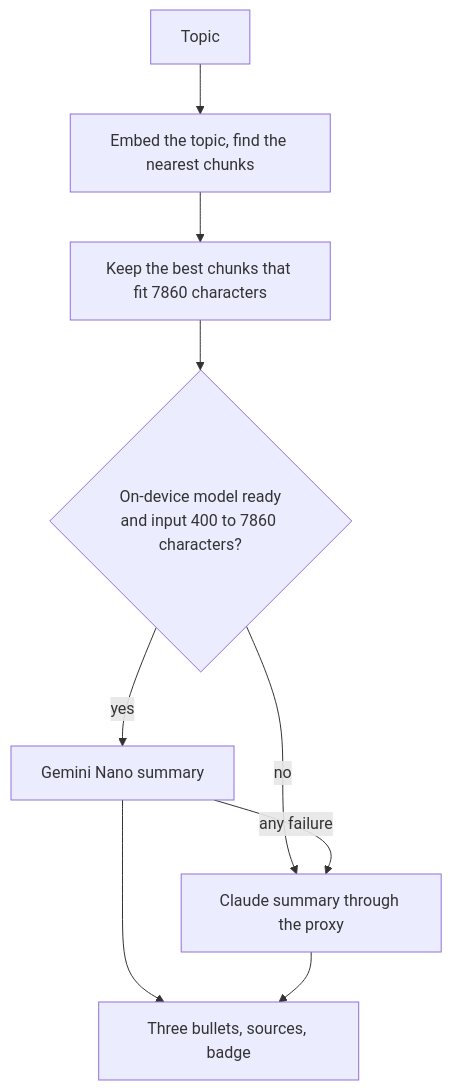
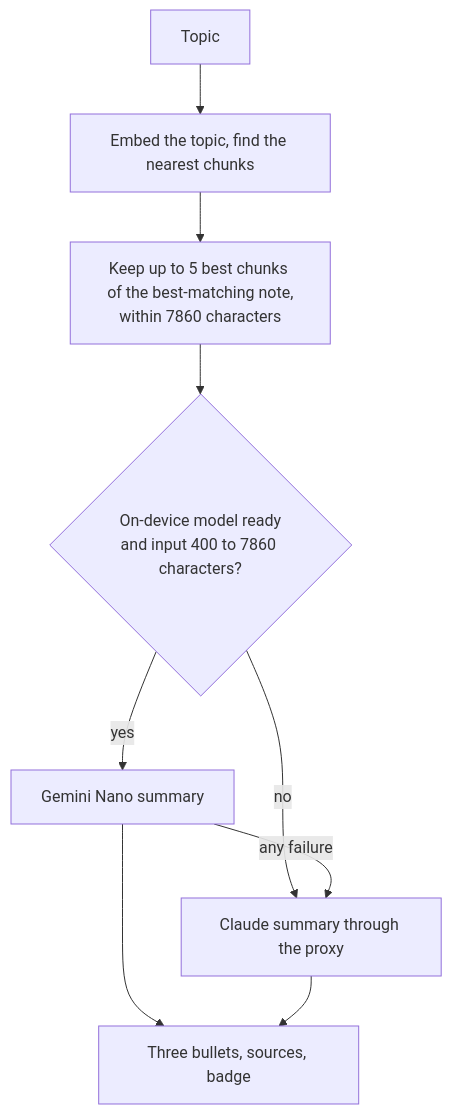
Before and after one commit to juliaAndroid/android-rag-agent: the third of 3 diagrams in README.md, drawn with Mermaid. The commit also changed other lines of this file and 2 other files, not shown here.

````diff
--- a/README.md
+++ b/README.md
@@ -43,11 +64,11 @@
 ```mermaid
 flowchart TD
     T[Topic] --> E[Embed the topic, find the nearest chunks]
-    E --> S[Keep the best chunks that fit 7860 characters]
+    E --> S[Keep up to 5 best chunks of the best-matching note,<br/>within 7860 characters]
     S --> Q{On-device model ready<br/>and input 400 to 7860 characters?}
     Q -->|yes| N[Gemini Nano summary]
     Q -->|no| C[Claude summary through the proxy]
     N -->|any failure| C
     N --> O[Three bullets, sources, badge]
     C --> O
 ```
````
